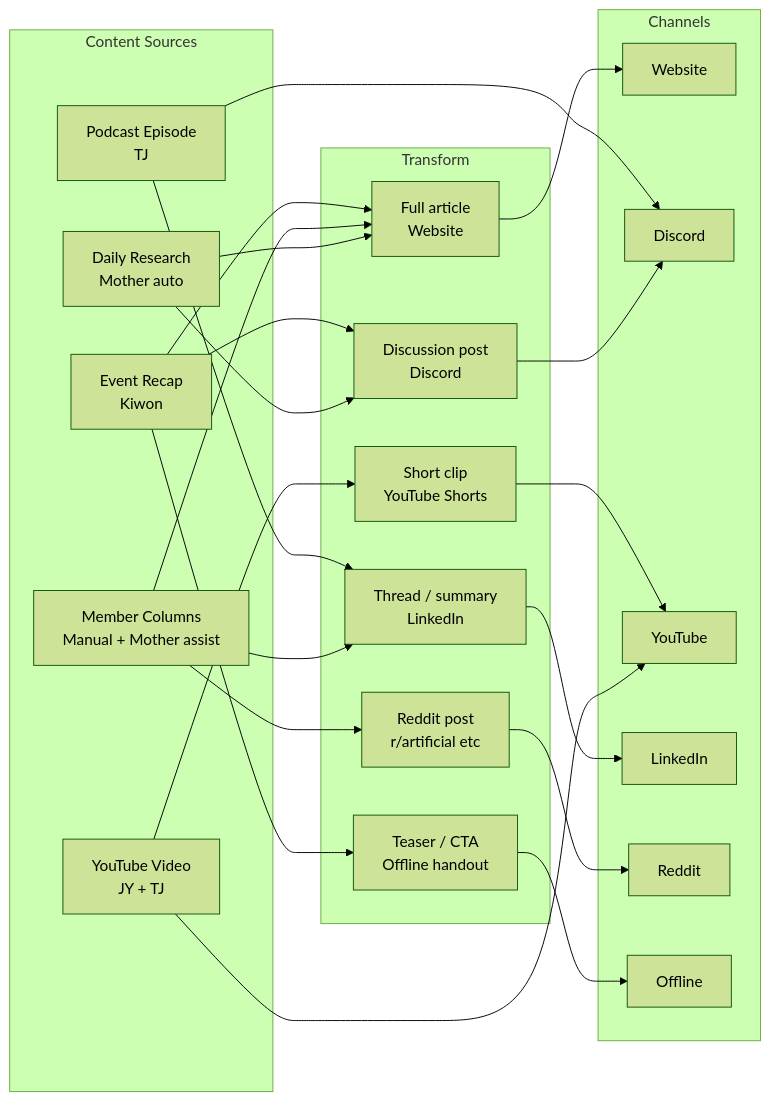
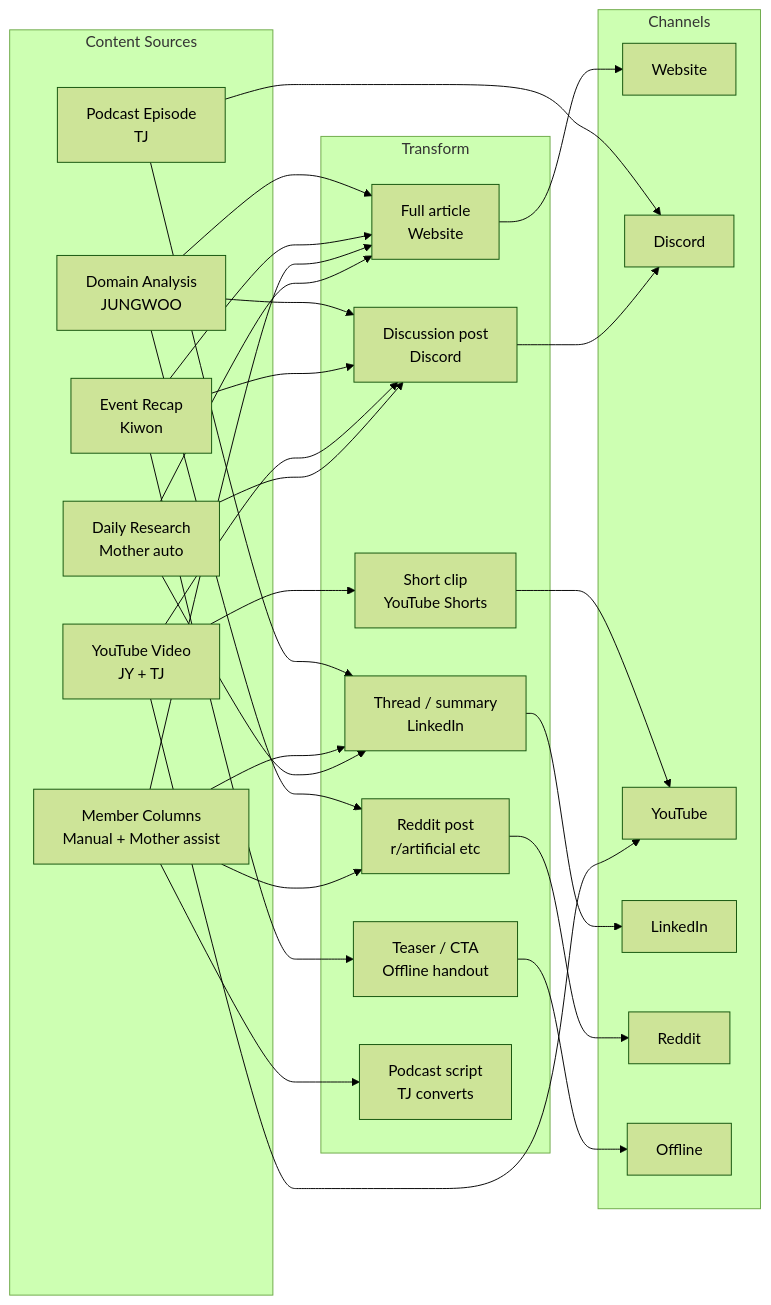
Before and after one commit to JeHyeong2/hypeprooflab: the third of 6 diagrams in products/hypeproof-workflow-2026Q2.md, drawn with Mermaid (forest theme). The commit also changed other lines of this file, not shown here.

First line of the commit message:
workflow v2: add specific times, expand JUNGWOO, content routing, launch plan

````diff
--- a/products/hypeproof-workflow-2026Q2.md
+++ b/products/hypeproof-workflow-2026Q2.md
@@ -132,41 +164,49 @@
 ```mermaid
 flowchart LR
     subgraph SOURCE["Content Sources"]
         DR[Daily Research<br/>Mother auto]
         MC[Member Columns<br/>Manual + Mother assist]
         YV[YouTube Video<br/>JY + TJ]
         PE[Podcast Episode<br/>TJ]
         EV[Event Recap<br/>Kiwon]
+        DA[Domain Analysis<br/>JUNGWOO]
     end
 
     subgraph TRANSFORM["Transform"]
         T1[Full article<br/>Website]
         T2[Thread / summary<br/>LinkedIn]
         T3[Discussion post<br/>Discord]
         T4[Short clip<br/>YouTube Shorts]
         T5[Reddit post<br/>r/artificial etc]
         T6[Teaser / CTA<br/>Offline handout]
+        T7[Podcast script<br/>TJ converts]
     end
 
     subgraph CHANNELS["Channels"]
         W[Website]
         D[Discord]
         Y[YouTube]
         L[LinkedIn]
         RR[Reddit]
         O[Offline]
     end
 
     DR --> T1 --> W
     DR --> T3 --> D
+    DR --> T2 --> L
     MC --> T1
-    MC --> T2 --> L
+    MC --> T2
     MC --> T5 --> RR
+    MC --> T7
     YV --> Y
     YV --> T4 --> Y
+    YV --> T3
     PE --> D
     PE --> T2
     EV --> T1
     EV --> T3
     EV --> T6 --> O
+    DA --> T1
+    DA --> T3
+    DA --> T5
 ```
````
